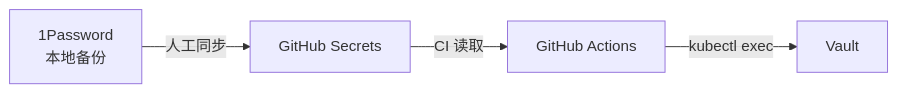
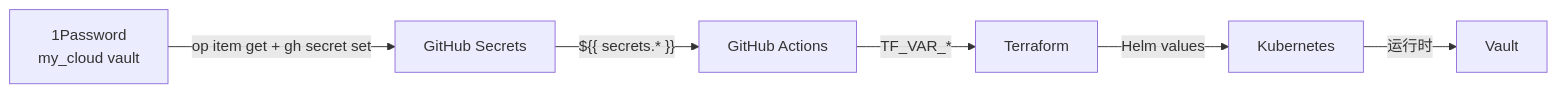
The diagram in docs/ssot/secrets.md (wangzitian0/infra), drawn with Mermaid before and after one commit. The commit also changed other lines of this file and 6 other files, not shown here.

````diff
--- a/docs/ssot/secrets.md
+++ b/docs/ssot/secrets.md
@@ -7,6 +7,8 @@
 ```mermaid
 graph LR
-    OP[1Password<br/>本地备份] -->|人工同步| GH[GitHub Secrets]
-    GH -->|CI 读取| GA[GitHub Actions]
-    GA -->|kubectl exec| VAULT[Vault]
+    OP[1Password<br/>my_cloud vault] -->|"op item get + gh secret set"| GH[GitHub Secrets]
+    GH -->|"${{ secrets.* }}"| CI[GitHub Actions]
+    CI -->|TF_VAR_*| TF[Terraform]
+    TF -->|Helm values| K8S[Kubernetes]
+    K8S -->|运行时| VAULT[Vault]
 ```
````
